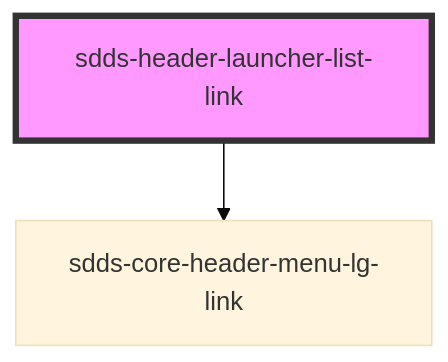
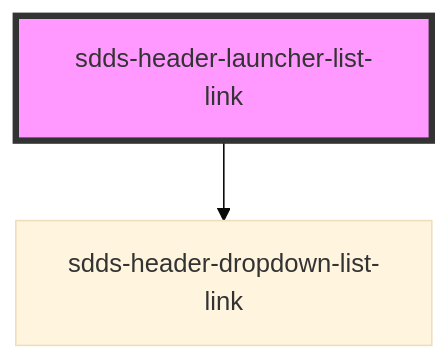
The diagram in tegel/src/components/header/webcomponent/header-launcher-list-link/readme.md (scania-digital-design-system/sdds), drawn with Mermaid (base theme) before and after one commit. The commit also changed other lines of this file and 11 other files, not shown here.

Commit message:
refactor(header): remove unnecessary 'core-' components

````diff
--- a/tegel/src/components/header/webcomponent/header-launcher-list-link/readme.md
+++ b/tegel/src/components/header/webcomponent/header-launcher-list-link/readme.md
@@ -26,5 +26,5 @@
 ```mermaid
 graph TD;
-  sdds-header-launcher-list-link --> sdds-core-header-menu-lg-link
+  sdds-header-launcher-list-link --> sdds-header-dropdown-list-link
   style sdds-header-launcher-list-link fill:#f9f,stroke:#333,stroke-width:4px
 ```
````
